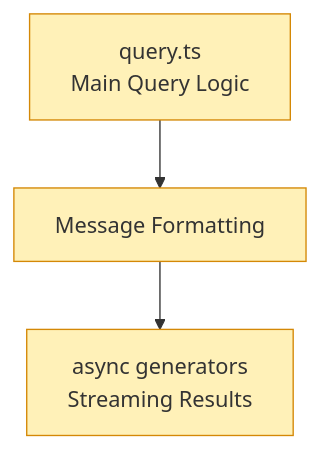
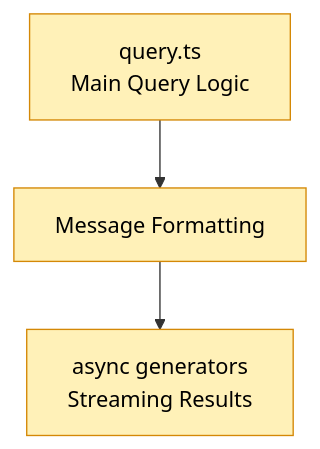
One commit to Szermer/QED changed the fourth of 8 diagrams in src/system-architecture-diagram.md. Above: the diagram before and after it, drawn with Mermaid. The commit also changed other lines of this file and 4 other files, not shown here.

Commit message:
style: improving readability in darkmode of some mermaid diagrams

````diff
--- a/src/system-architecture-diagram.md
+++ b/src/system-architecture-diagram.md
@@ -122,12 +122,12 @@
 ```mermaid
 flowchart TB
     QRY_Main["query.ts\nMain Query Logic"]
     QRY_Format["Message Formatting"]
     QRY_Generator["async generators\nStreaming Results"]
     
     QRY_Main --> QRY_Format
     QRY_Format --> QRY_Generator
     
-    classDef QRY fill:#fff1b8,stroke:#d48806
+    classDef QRY fill:#fff1b8,stroke:#d48806,color:#000000
     class QRY_Main,QRY_Format,QRY_Generator QRY
 ```
````
